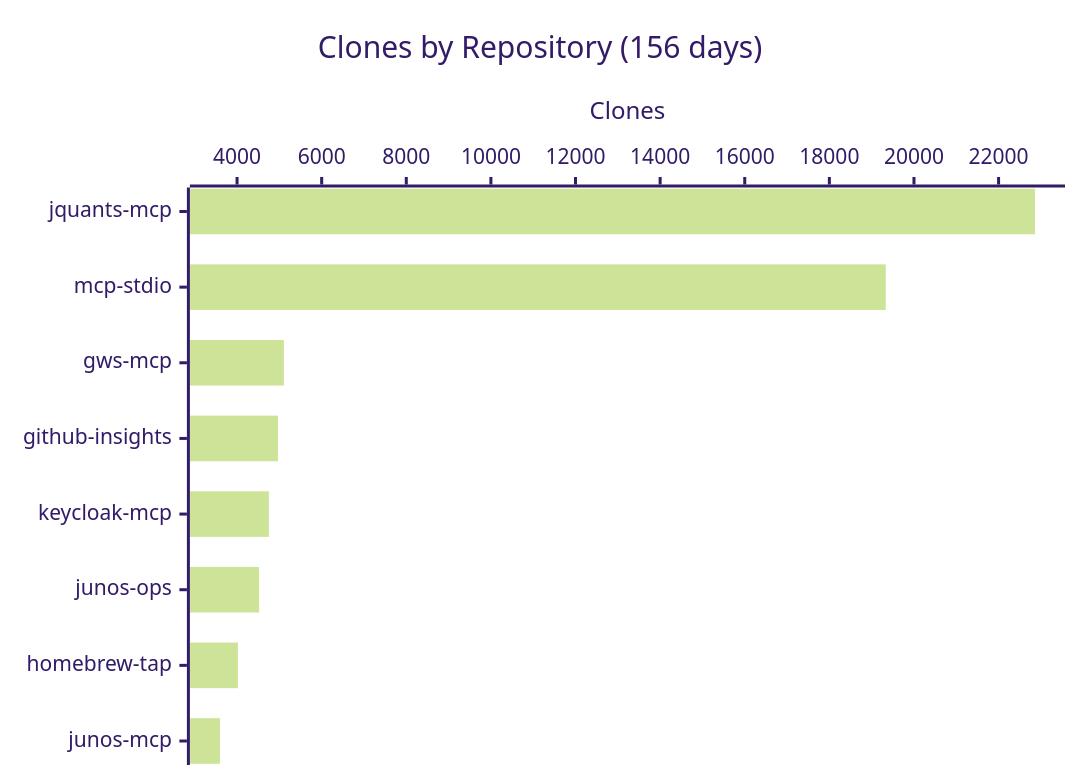
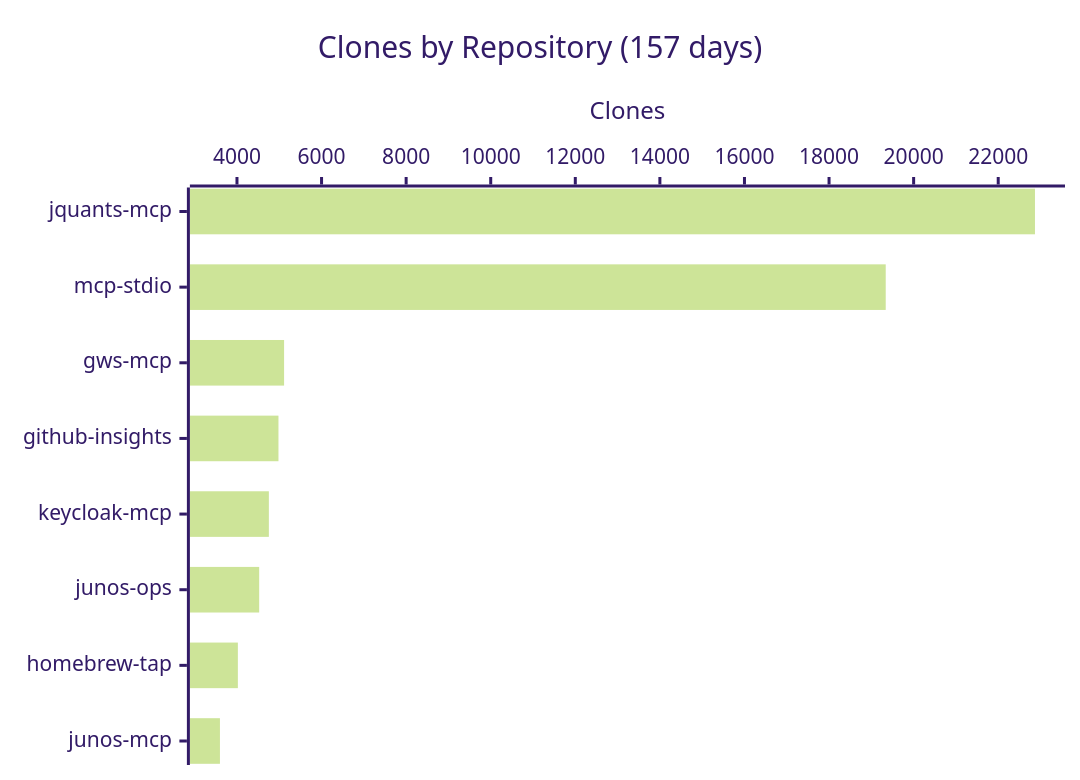
One commit to shigechika/github-insights changed the fourth of 4 diagrams in README.md. Above: the diagram before and after it, drawn with Mermaid (forest theme). The commit also changed other lines of this file and 2 other files, not shown here.

````diff
--- a/README.md
+++ b/README.md
@@ -58,7 +58,7 @@
 ```mermaid
 xychart-beta horizontal
-    title "Clones by Repository (156 days)"
+    title "Clones by Repository (157 days)"
     x-axis ["jquants-mcp", "mcp-stdio", "gws-mcp", "github-insights", "keycloak-mcp", "junos-ops", "homebrew-tap", "junos-mcp"]
     y-axis "Clones"
-    bar [22860, 19333, 5107, 4967, 4752, 4520, 4020, 3595]
+    bar [22869, 19340, 5114, 4981, 4754, 4525, 4021, 3597]
 ```
````
